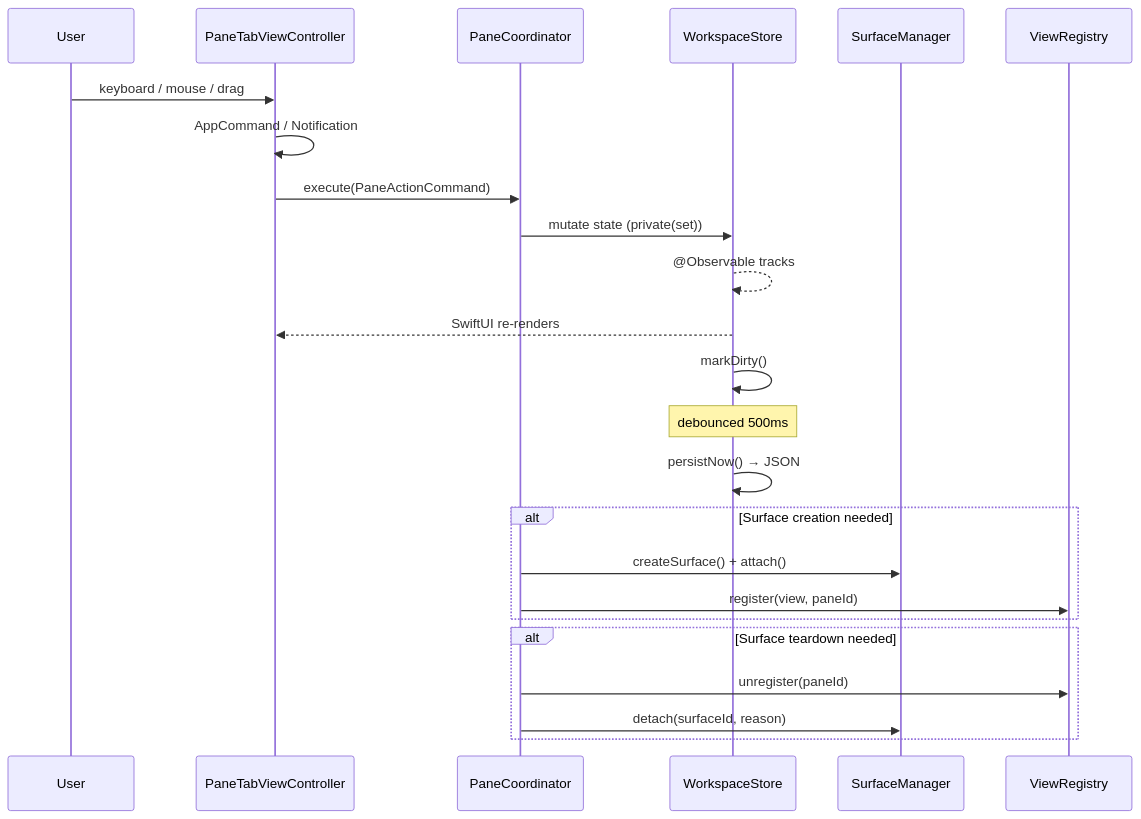
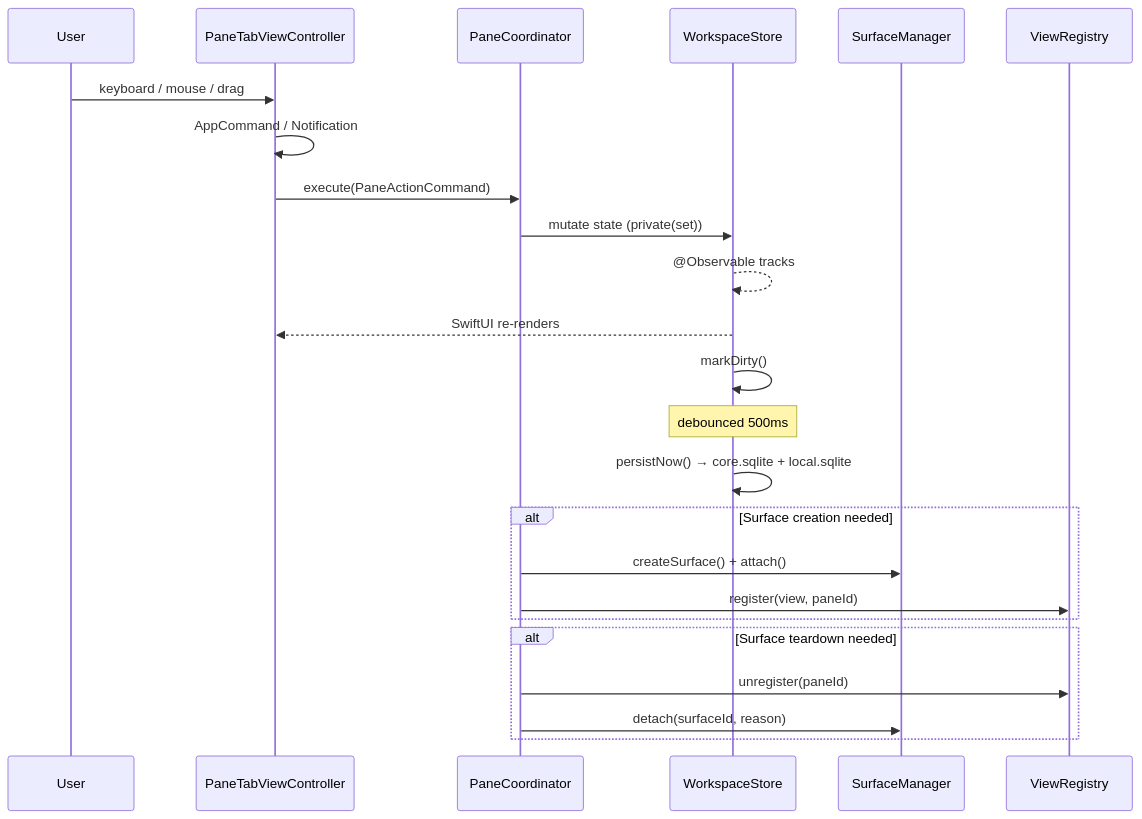
One commit to ShravanSunder/agentstudio changed the second of 3 diagrams in docs/architecture/component_architecture.md. Above: the diagram before and after it, drawn with Mermaid. The commit also changed other lines of this file and 8 other files, not shown here.

````diff
--- a/docs/architecture/component_architecture.md
+++ b/docs/architecture/component_architecture.md
@@ -919,29 +922,29 @@
 ```mermaid
 sequenceDiagram
     participant User
     participant PaneTabViewController
     participant PC as PaneCoordinator
     participant Store as WorkspaceStore
     participant SM as SurfaceManager
     participant VR as ViewRegistry
 
     User->>PaneTabViewController: keyboard / mouse / drag
     PaneTabViewController->>PaneTabViewController: AppCommand / Notification
     PaneTabViewController->>PC: execute(PaneActionCommand)
     PC->>Store: mutate state (private(set))
     Store-->>Store: @Observable tracks
     Store-->>PaneTabViewController: SwiftUI re-renders
     Store->>Store: markDirty()
     Note over Store: debounced 500ms
-    Store->>Store: persistNow() → JSON
+    Store->>Store: persistNow() → core.sqlite + local.sqlite
 
     alt Surface creation needed
         PC->>SM: createSurface() + attach()
         PC->>VR: register(view, paneId)
     end
 
     alt Surface teardown needed
         PC->>VR: unregister(paneId)
         PC->>SM: detach(surfaceId, reason)
     end
 ```
````
